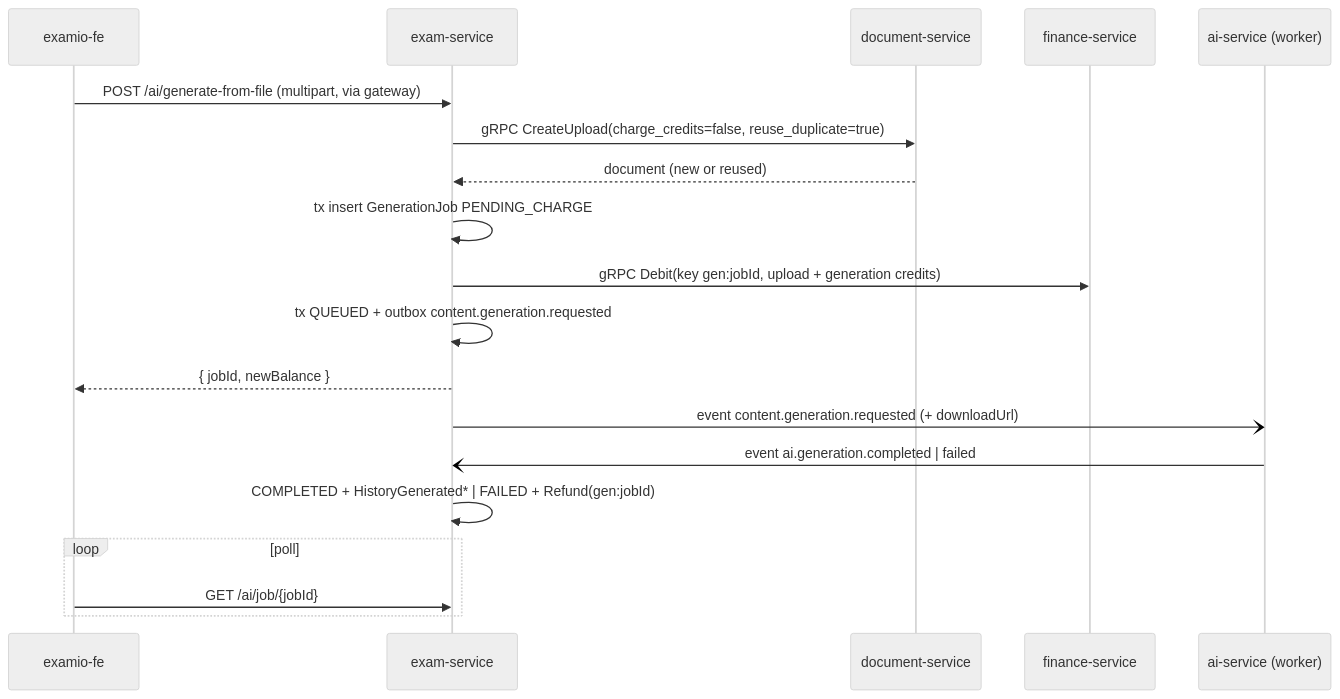
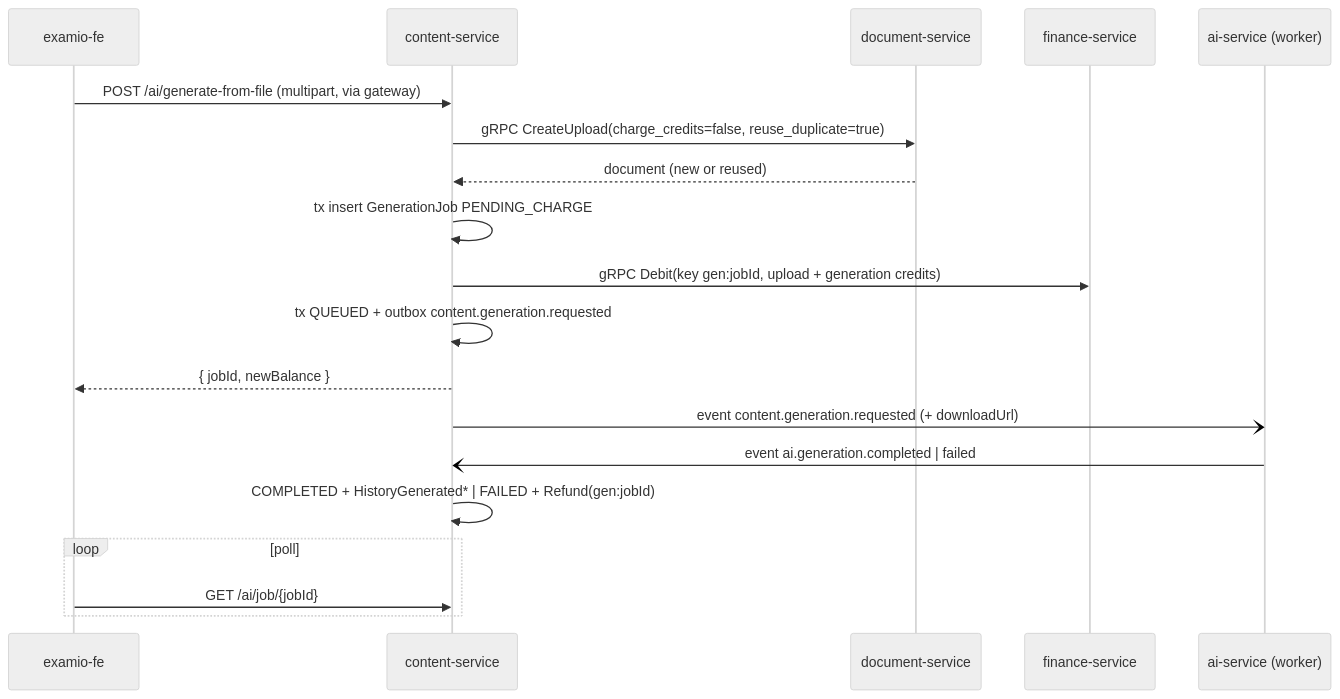
One commit to tgiap04/examio changed the fifth of 9 diagrams in docs/system/architecture.md. Above: the diagram before and after it, drawn with Mermaid (neutral theme). The commit also changed other lines of this file and 20 other files, not shown here.

First line of the commit message:
docs: document content-service and assessment-service

````diff
--- a/docs/system/architecture.md
+++ b/docs/system/architecture.md
@@ -278,21 +288,21 @@
 ```mermaid
 sequenceDiagram
     participant FE as examio-fe
-    participant EX as exam-service
+    participant EX as content-service
     participant DOC as document-service
     participant FIN as finance-service
     participant AI as ai-service (worker)
     FE->>EX: POST /ai/generate-from-file (multipart, via gateway)
     EX->>DOC: gRPC CreateUpload(charge_credits=false, reuse_duplicate=true)
     DOC-->>EX: document (new or reused)
     EX->>EX: tx insert GenerationJob PENDING_CHARGE
     EX->>FIN: gRPC Debit(key gen:jobId, upload + generation credits)
     EX->>EX: tx QUEUED + outbox content.generation.requested
     EX-->>FE: { jobId, newBalance }
     EX-)AI: event content.generation.requested (+ downloadUrl)
     AI-)EX: event ai.generation.completed | failed
     EX->>EX: COMPLETED + HistoryGenerated* | FAILED + Refund(gen:jobId)
     loop poll
         FE->>EX: GET /ai/job/{jobId}
     end
 ```
````
